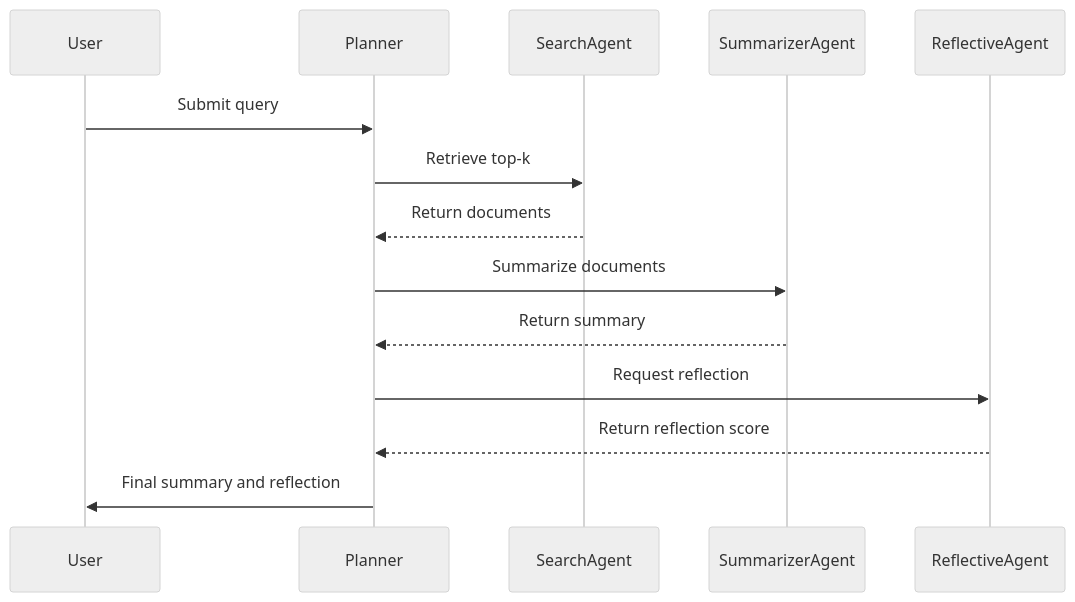
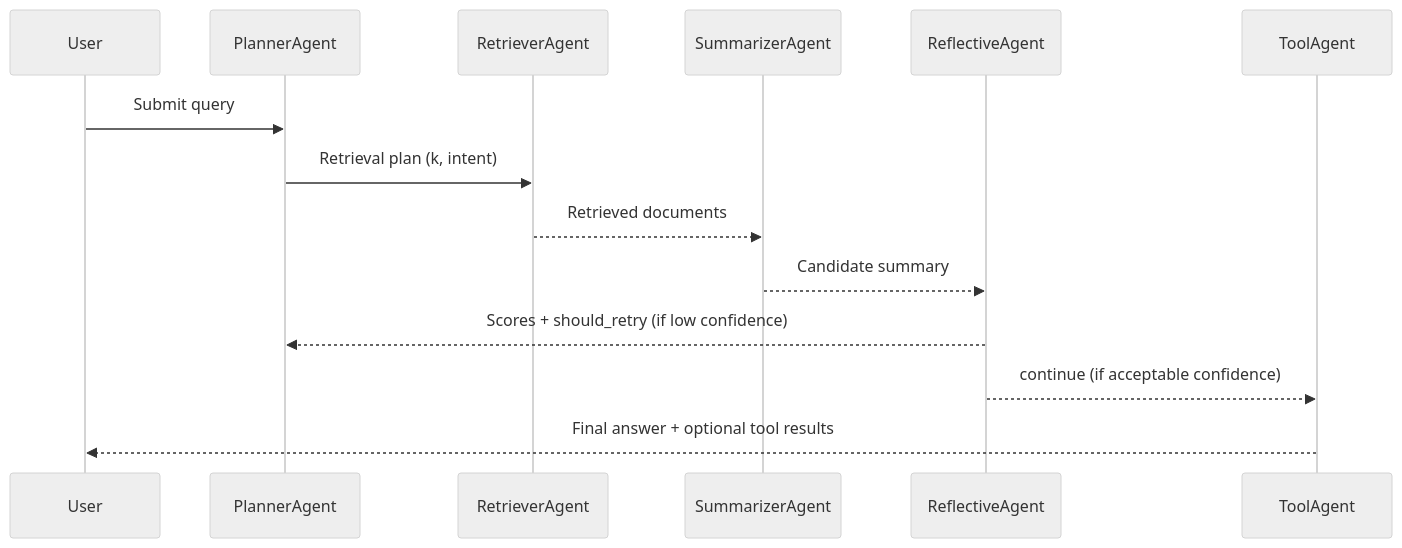
One commit to aisamai63/COMP248-AI-MATH-gp changed the second of 2 diagrams in design/README_design.md. Above: the diagram before and after it, drawn with Mermaid (neutral theme). The commit also changed other lines of this file and 42 other files, not shown here.

````diff
--- a/design/README_design.md
+++ b/design/README_design.md
@@ -185,17 +115,17 @@
 ```mermaid
 sequenceDiagram
   participant U as User
-  participant P as Planner
-  participant S as SearchAgent
-  participant G as SummarizerAgent
-  participant R as ReflectiveAgent
+  participant P as PlannerAgent
+  participant R as RetrieverAgent
+  participant S as SummarizerAgent
+  participant F as ReflectiveAgent
+  participant T as ToolAgent
 
   U->>P: Submit query
-  P->>S: Retrieve top-k
-  S-->>P: Return documents
-  P->>G: Summarize documents
-  G-->>P: Return summary
-  P->>R: Request reflection
-  R-->>P: Return reflection score
-  P->>U: Final summary and reflection
+  P->>R: Retrieval plan (k, intent)
+  R-->>S: Retrieved documents
+  S-->>F: Candidate summary
+  F-->>P: Scores + should_retry (if low confidence)
+  F-->>T: continue (if acceptable confidence)
+  T-->>U: Final answer + optional tool results
 ```
````
